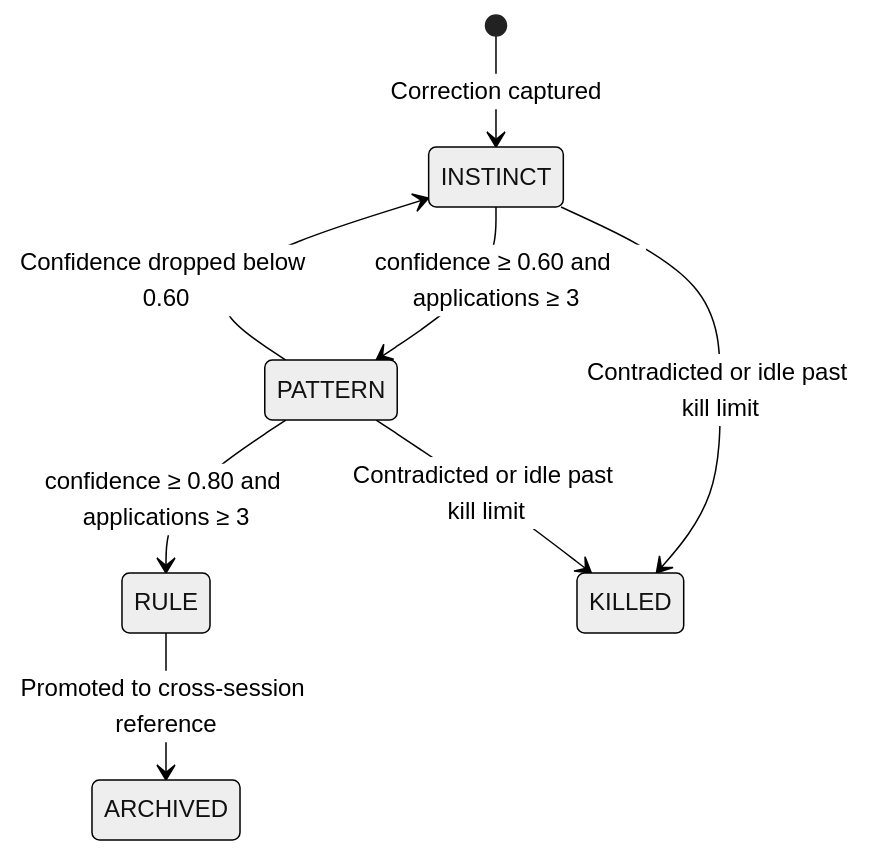
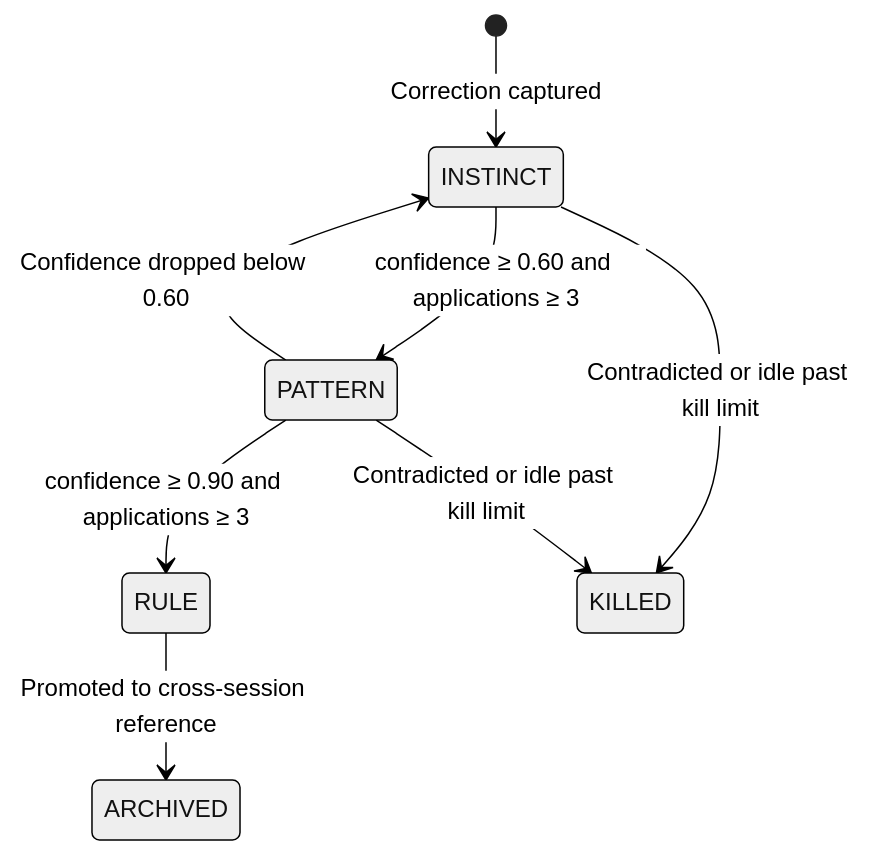
Before and after one commit to Gradata/gradata: the diagram in docs/concepts/graduation.md, drawn with Mermaid (neutral theme). The commit also changed other lines of this file and 108 other files, not shown here.

````diff
--- a/docs/concepts/graduation.md
+++ b/docs/concepts/graduation.md
@@ -15,10 +15,10 @@
 ```mermaid
 stateDiagram-v2
     [*] --> INSTINCT: Correction captured
     INSTINCT --> PATTERN: confidence ≥ 0.60 and applications ≥ 3
-    PATTERN --> RULE: confidence ≥ 0.80 and applications ≥ 3
+    PATTERN --> RULE: confidence ≥ 0.90 and applications ≥ 3
     RULE --> ARCHIVED: Promoted to cross-session reference
     INSTINCT --> KILLED: Contradicted or idle past kill limit
     PATTERN --> INSTINCT: Confidence dropped below 0.60
     PATTERN --> KILLED: Contradicted or idle past kill limit
 ```
````
